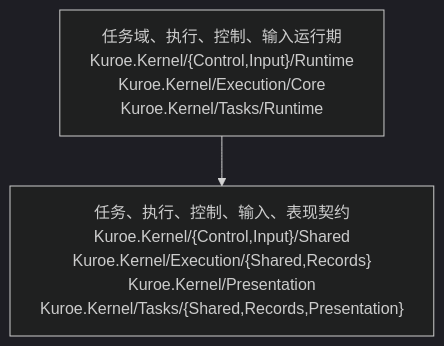
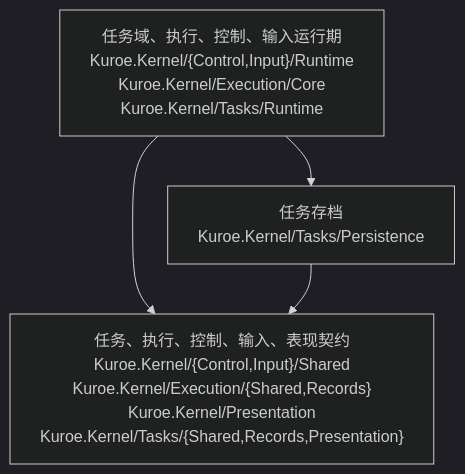
One commit to DrMelt/Kuroe changed the diagram in docs/dev/architecture/functional_boundary/kernel/index.md. Above: the diagram before and after it, drawn with Mermaid (dark theme). The commit also changed other lines of this file and 17 other files, not shown here.

````diff
--- a/docs/dev/architecture/functional_boundary/kernel/index.md
+++ b/docs/dev/architecture/functional_boundary/kernel/index.md
@@ -5,6 +5,9 @@
 ```mermaid
 flowchart TD
     Runtime["任务域、执行、控制、输入运行期<br>Kuroe.Kernel/{Control,Input}/Runtime<br>Kuroe.Kernel/Execution/Core<br>Kuroe.Kernel/Tasks/Runtime"]
+    Archive["任务存档<br>Kuroe.Kernel/Tasks/Persistence"]
     Contracts["任务、执行、控制、输入、表现契约<br>Kuroe.Kernel/{Control,Input}/Shared<br>Kuroe.Kernel/Execution/{Shared,Records}<br>Kuroe.Kernel/Presentation<br>Kuroe.Kernel/Tasks/{Shared,Records,Presentation}"]
     Runtime --> Contracts
+    Runtime --> Archive
+    Archive --> Contracts
 ```
````
